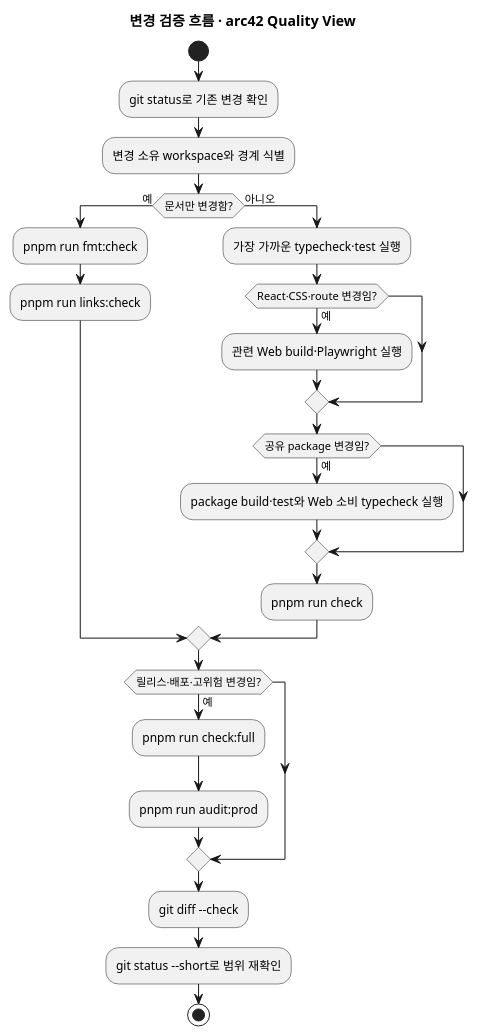
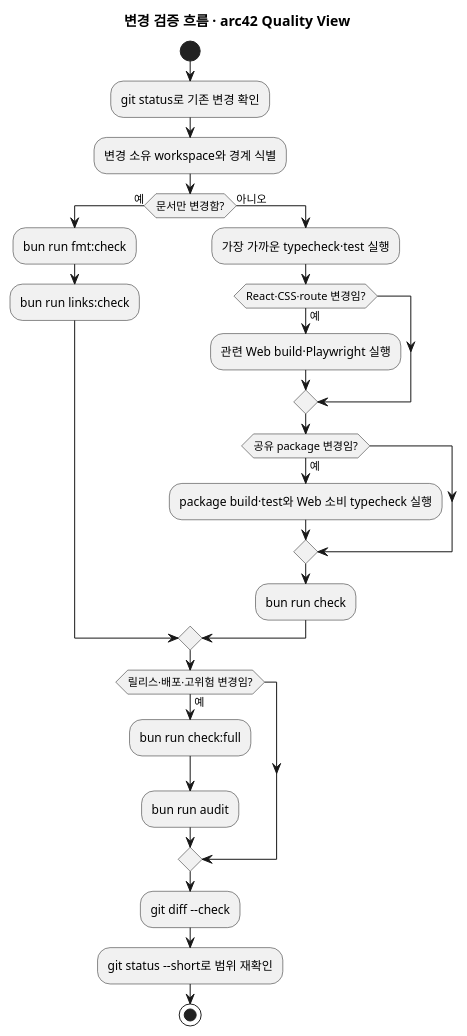
One commit to jongminchung/jongminchung changed the diagram in docs/diagrams/onboarding-change-flow.puml. Above: the diagram before and after it, drawn with PlantUML. The commit also changed 241 other files, not shown here.

```diff
--- a/docs/diagrams/onboarding-change-flow.puml
+++ b/docs/diagrams/onboarding-change-flow.puml
@@ -1,30 +1,30 @@
 @startuml
 title 변경 검증 흐름 · arc42 Quality View
 
 start
 :git status로 기존 변경 확인;
 :변경 소유 workspace와 경계 식별;
 
 if (문서만 변경함?) then (예)
-  :pnpm run fmt:check;
-  :pnpm run links:check;
+  :bun run fmt:check;
+  :bun run links:check;
 else (아니오)
   :가장 가까운 typecheck·test 실행;
   if (React·CSS·route 변경임?) then (예)
     :관련 Web build·Playwright 실행;
   endif
   if (공유 package 변경임?) then (예)
     :package build·test와 Web 소비 typecheck 실행;
   endif
-  :pnpm run check;
+  :bun run check;
 endif
 
 if (릴리스·배포·고위험 변경임?) then (예)
-  :pnpm run check:full;
-  :pnpm run audit:prod;
+  :bun run check:full;
+  :bun run audit;
 endif
 
 :git diff --check;
 :git status --short로 범위 재확인;
 stop
 @enduml
```
